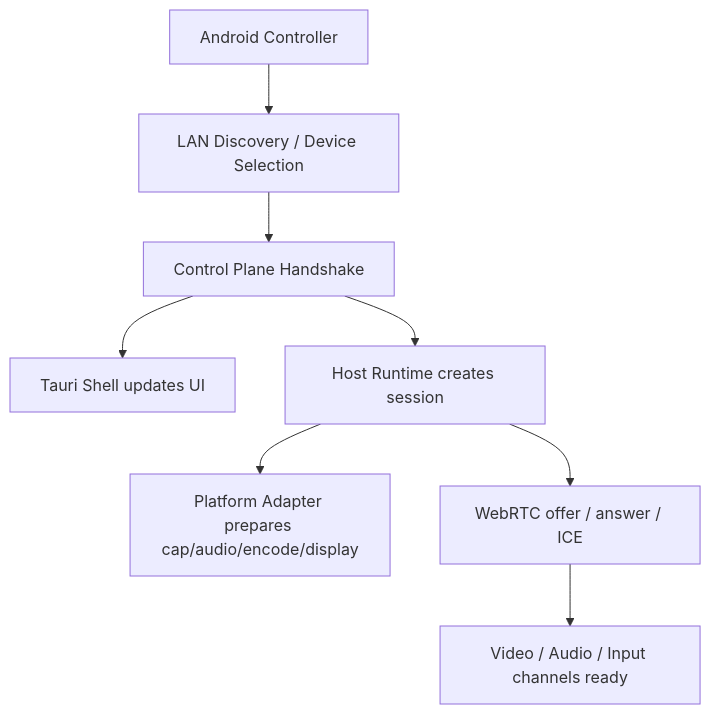
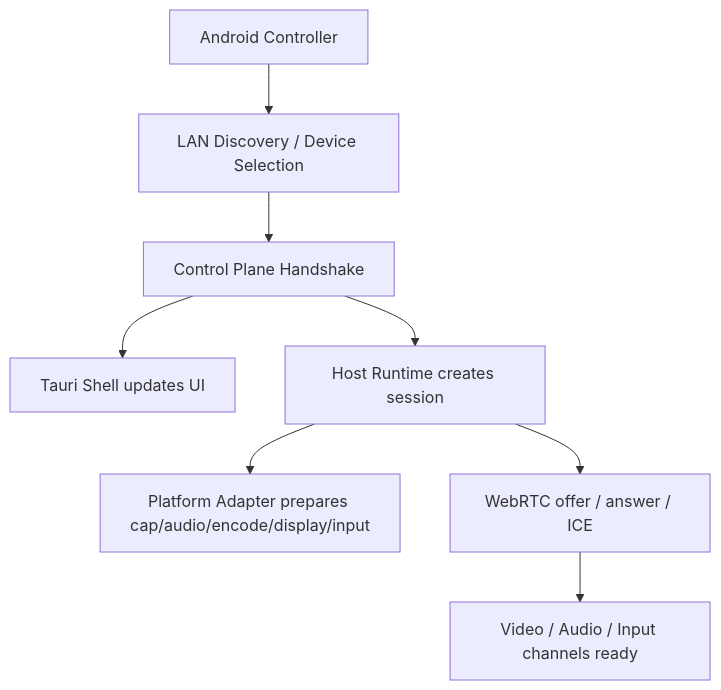
One commit to ParadiseZ/AkaDesk changed the third of 9 diagrams in docs/项目流程图.md. Above: the diagram before and after it, drawn with Mermaid. The commit also changed other lines of this file and 5 other files, not shown here.

Commit message:
feat: 更新技术文档以反映最新设计决策 - 更新技术选型文档，增加输入抽象能力 - 更新数据结构设计文档，增加会话状态时间戳 - 更新模块与目录设计文档，增加输入模块目录 - 更新项目流程图文档，增加输入能力的流程 - 新增 contracts 接口设计文档，定义抽象接口 - 新增状态机定义文档，固定状态流转规则

````diff
--- a/docs/项目流程图.md
+++ b/docs/项目流程图.md
@@ -83,10 +83,10 @@
 ```mermaid
 flowchart TD
     A["Android Controller"] --> B["LAN Discovery / Device Selection"]
     B --> C["Control Plane Handshake"]
     C --> D["Tauri Shell updates UI"]
     C --> E["Host Runtime creates session"]
-    E --> F["Platform Adapter prepares cap/audio/encode/display"]
+    E --> F["Platform Adapter prepares cap/audio/encode/display/input"]
     E --> G["WebRTC offer / answer / ICE"]
     G --> H["Video / Audio / Input channels ready"]
 ```
````
